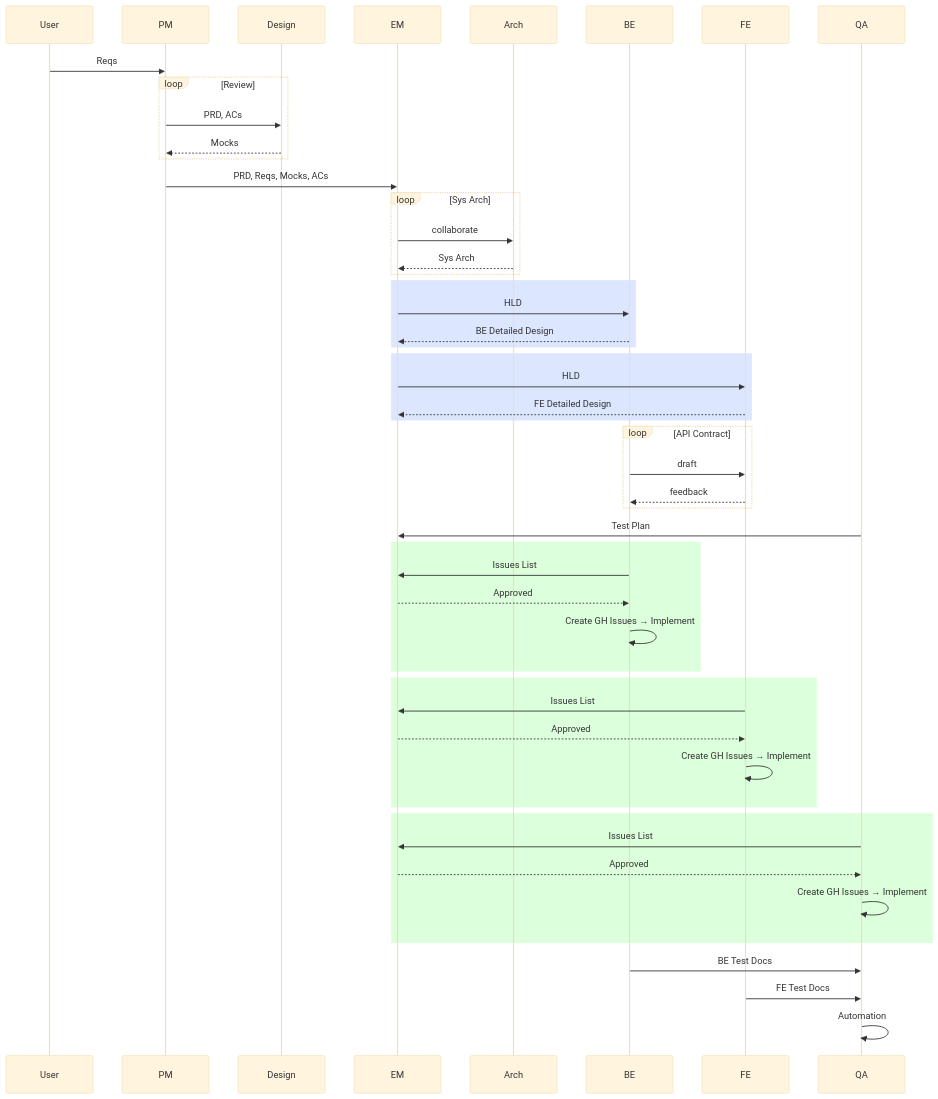
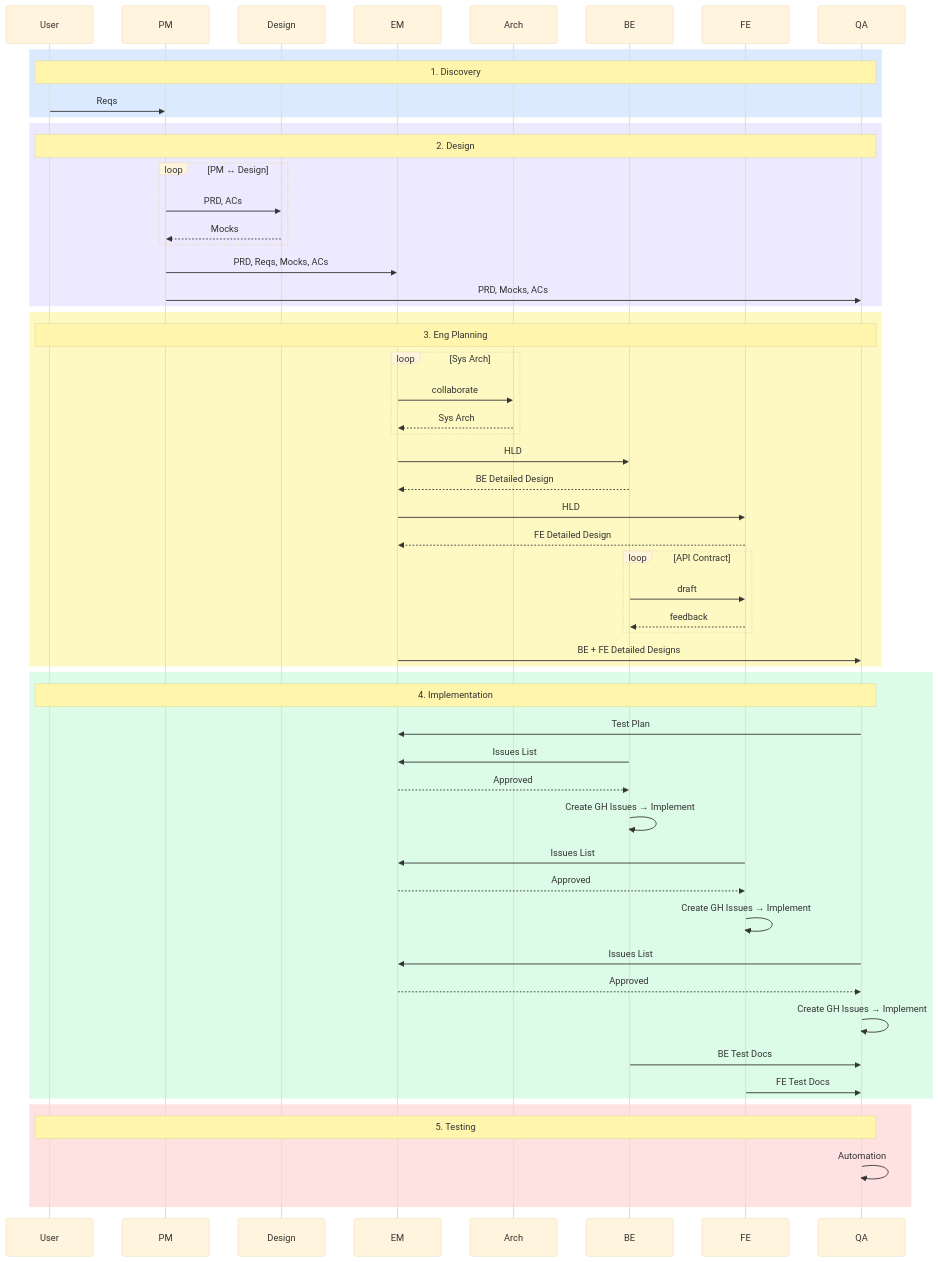
The third of 3 diagrams in README.md (sans-github/agents), drawn with Mermaid (base theme) before and after one commit. The commit also changed other lines of this file, not shown here.

Commit message:
add phase grouping and QA arrows to sequence diagram; update step-by-step flow

````diff
--- a/README.md
+++ b/README.md
@@ -135,53 +135,60 @@
 ```mermaid
 sequenceDiagram
     participant User
     participant PM
     participant Design
     participant EM
     participant Arch
     participant BE
     participant FE
     participant QA
 
-    User->>PM: Reqs
-    loop Review
-        PM->>Design: PRD, ACs
-        Design-->>PM: Mocks
+    rect rgb(219, 234, 254)
+        Note over User,QA: 1. Discovery
+        User->>PM: Reqs
     end
-    PM->>EM: PRD, Reqs, Mocks, ACs
-    loop Sys Arch
-        EM->>Arch: collaborate
-        Arch-->>EM: Sys Arch
+    rect rgb(237, 233, 254)
+        Note over User,QA: 2. Design
+        loop PM ↔ Design
+            PM->>Design: PRD, ACs
+            Design-->>PM: Mocks
+        end
+        PM->>EM: PRD, Reqs, Mocks, ACs
+        PM->>QA: PRD, Mocks, ACs
     end
-    rect rgb(220, 230, 255)
+    rect rgb(254, 249, 195)
+        Note over User,QA: 3. Eng Planning
+        loop Sys Arch
+            EM->>Arch: collaborate
+            Arch-->>EM: Sys Arch
+        end
         EM->>BE: HLD
         BE-->>EM: BE Detailed Design
-    end
-    rect rgb(220, 230, 255)
         EM->>FE: HLD
         FE-->>EM: FE Detailed Design
+        loop API Contract
+            BE->>FE: draft
+            FE-->>BE: feedback
+        end
+        EM->>QA: BE + FE Detailed Designs
     end
-    loop API Contract
-        BE->>FE: draft
-        FE-->>BE: feedback
-    end
-    QA->>EM: Test Plan
-    rect rgb(220, 255, 220)
+    rect rgb(220, 252, 231)
+        Note over User,QA: 4. Implementation
+        QA->>EM: Test Plan
         BE->>EM: Issues List
         EM-->>BE: Approved
         BE->>BE: Create GH Issues → Implement
-    end
-    rect rgb(220, 255, 220)
         FE->>EM: Issues List
         EM-->>FE: Approved
         FE->>FE: Create GH Issues → Implement
-    end
-    rect rgb(220, 255, 220)
         QA->>EM: Issues List
         EM-->>QA: Approved
         QA->>QA: Create GH Issues → Implement
+        BE->>QA: BE Test Docs
+        FE->>QA: FE Test Docs
     end
-    BE->>QA: BE Test Docs
-    FE->>QA: FE Test Docs
-    QA->>QA: Automation
+    rect rgb(254, 226, 226)
+        Note over User,QA: 5. Testing
+        QA->>QA: Automation
+    end
 ```
````
